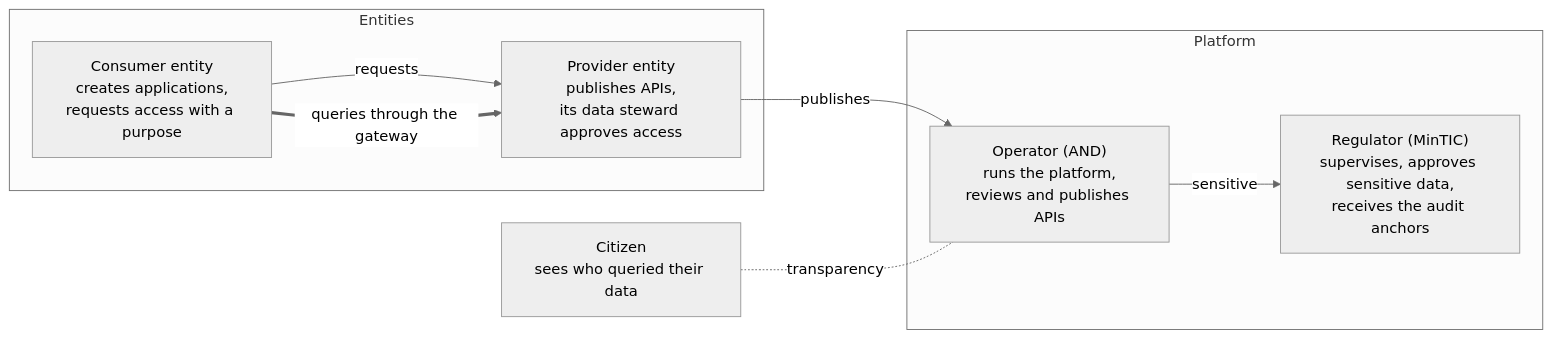
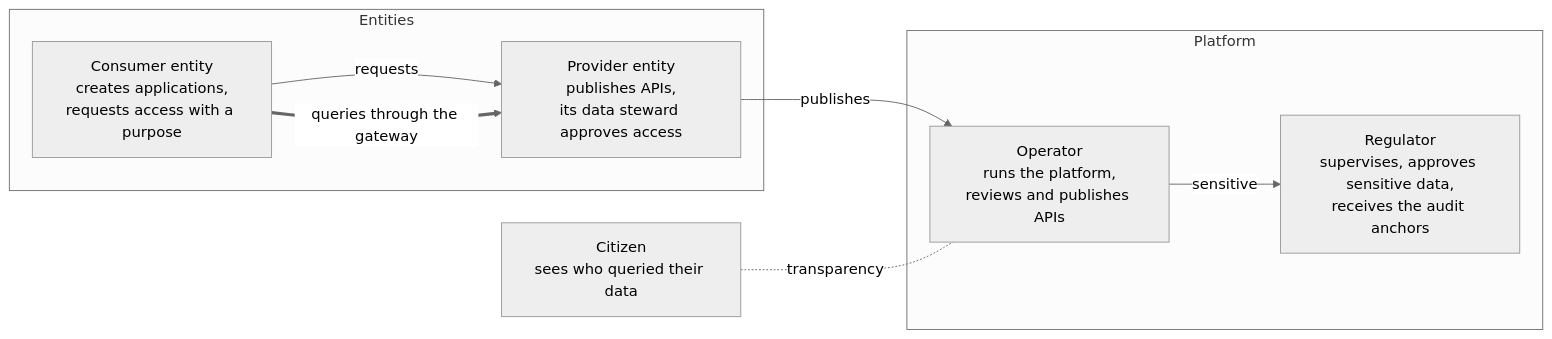
The first of 3 diagrams in docs/guides/operator.md (centre-for-dpi/data-exchange-admin-portal), drawn with Mermaid (neutral theme) before and after one commit. The commit also changed other lines of this file and 18 other files, not shown here.

First line of the commit message:
docs: generic operator and regulator roles, Colombia as an example

````diff
--- a/docs/guides/operator.md
+++ b/docs/guides/operator.md
@@ -34,17 +34,17 @@
 ```mermaid
 flowchart LR
   subgraph Platform
-    AND["Operator (AND)<br/>runs the platform,<br/>reviews and publishes APIs"]
-    MIN["Regulator (MinTIC)<br/>supervises, approves sensitive data,<br/>receives the audit anchors"]
+    OP["Operator<br/>runs the platform,<br/>reviews and publishes APIs"]
+    REG["Regulator<br/>supervises, approves sensitive data,<br/>receives the audit anchors"]
   end
   subgraph Entities
     P["Provider entity<br/>publishes APIs,<br/>its data steward approves access"]
     C["Consumer entity<br/>creates applications,<br/>requests access with a purpose"]
   end
   CIU["Citizen<br/>sees who queried their data"]
-  P -- "publishes" --> AND
-  AND -- "sensitive" --> MIN
+  P -- "publishes" --> OP
+  OP -- "sensitive" --> REG
   C -- "requests" --> P
   C == "queries through the gateway" ==> P
-  CIU -. "transparency" .- AND
+  CIU -. "transparency" .- OP
 ```
````
